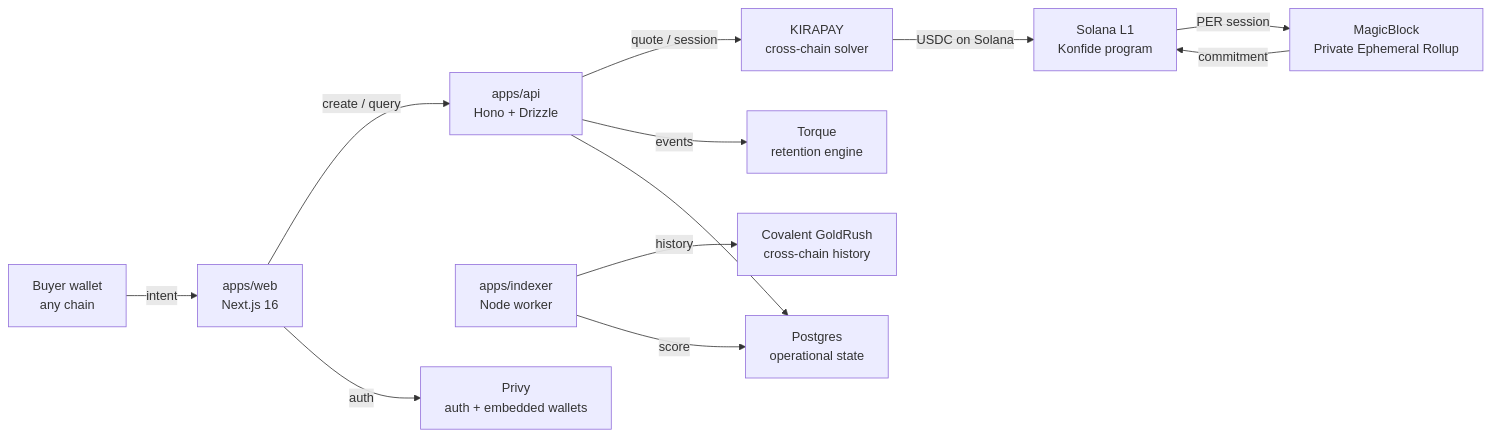
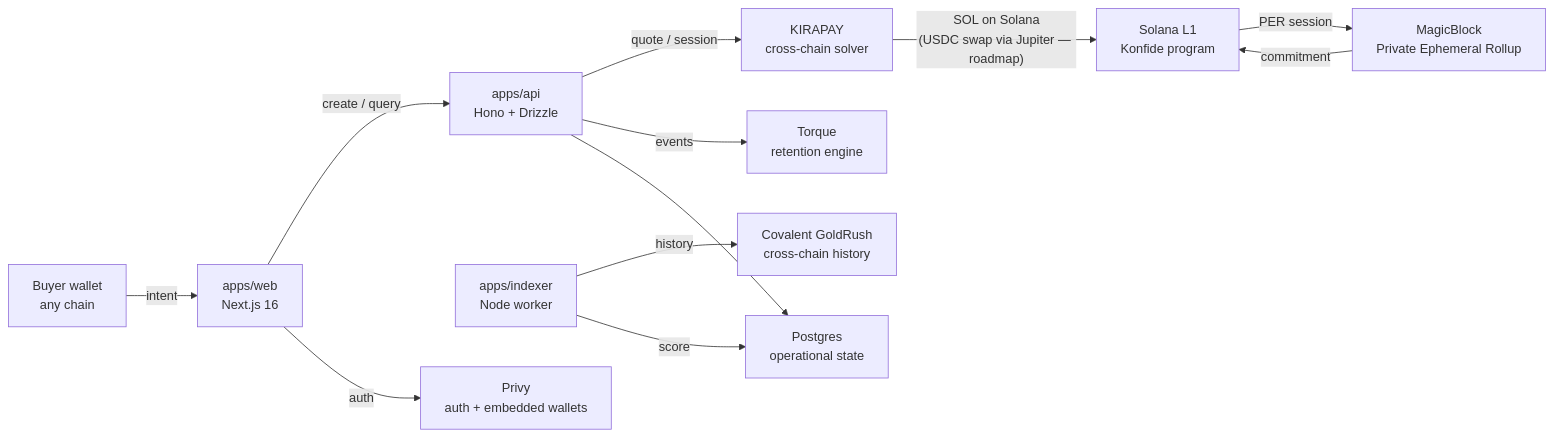
One commit to ezedike-evan/konfide changed the first of 4 diagrams in docs/ARCHITECTURE.md. Above: the diagram before and after it, drawn with Mermaid. The commit also changed other lines of this file and 2 other files, not shown here.

First line of the commit message:
docs(kirapay): document real endpoints, Solana settlement, customOrderId pattern

````diff
--- a/docs/ARCHITECTURE.md
+++ b/docs/ARCHITECTURE.md
@@ -26,28 +26,28 @@
 ```mermaid
 flowchart LR
     Buyer["Buyer wallet<br/>any chain"]
     Web["apps/web<br/>Next.js 16"]
     API["apps/api<br/>Hono + Drizzle"]
     Indexer["apps/indexer<br/>Node worker"]
 
     Kira["KIRAPAY<br/>cross-chain solver"]
     Magic["MagicBlock<br/>Private Ephemeral Rollup"]
     Cov["Covalent GoldRush<br/>cross-chain history"]
     Torque["Torque<br/>retention engine"]
     Privy["Privy<br/>auth + embedded wallets"]
 
     Solana["Solana L1<br/>Konfide program"]
     Postgres["Postgres<br/>operational state"]
 
     Buyer -->|"intent"| Web
     Web -->|"create / query"| API
     Web -->|"auth"| Privy
     API -->|"quote / session"| Kira
-    Kira -->|"USDC on Solana"| Solana
+    Kira -->|"SOL on Solana<br/>(USDC swap via Jupiter — roadmap)"| Solana
     Solana -->|"PER session"| Magic
     Magic -->|"commitment"| Solana
     API -->|"events"| Torque
     Indexer -->|"history"| Cov
     Indexer -->|"score"| Postgres
     API --> Postgres
 ```
````
